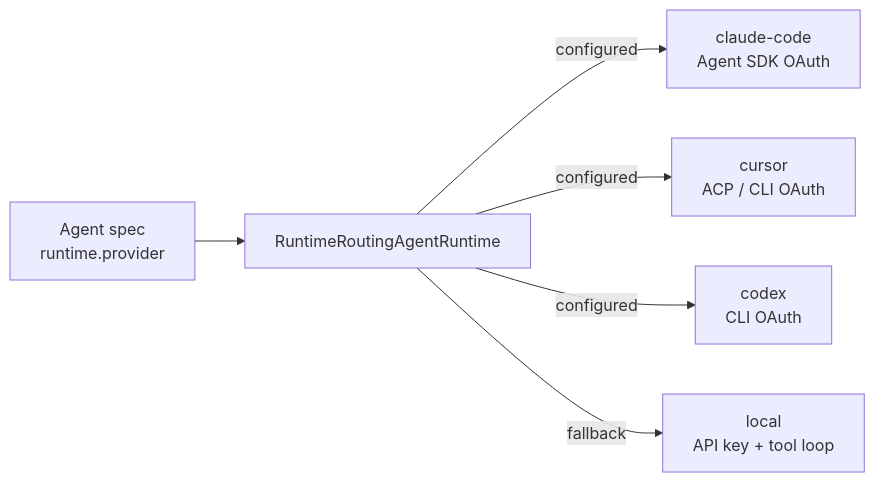
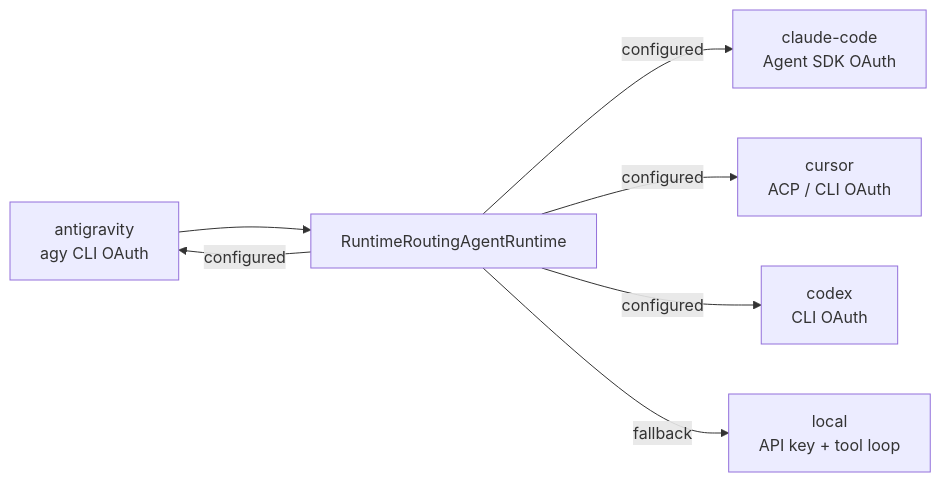
The second of 7 diagrams in README.md (viantonugroho11/Anvio), drawn with Mermaid before and after one commit. The commit also changed other lines of this file and 5 other files, not shown here.

First line of the commit message:
feat(runtimes): wire Antigravity CLI setup-token via agy Google OAuth

````diff
--- a/README.md
+++ b/README.md
@@ -290,8 +290,9 @@
 ```mermaid
 flowchart LR
     AG["Agent spec<br/>runtime.provider"] --> RT["RuntimeRoutingAgentRuntime"]
     RT -->|configured| CC["claude-code<br/>Agent SDK OAuth"]
     RT -->|configured| CU["cursor<br/>ACP / CLI OAuth"]
     RT -->|configured| CX["codex<br/>CLI OAuth"]
+    RT -->|configured| AG["antigravity<br/>agy CLI OAuth"]
     RT -->|fallback| LO["local<br/>API key + tool loop"]
 ```
````
